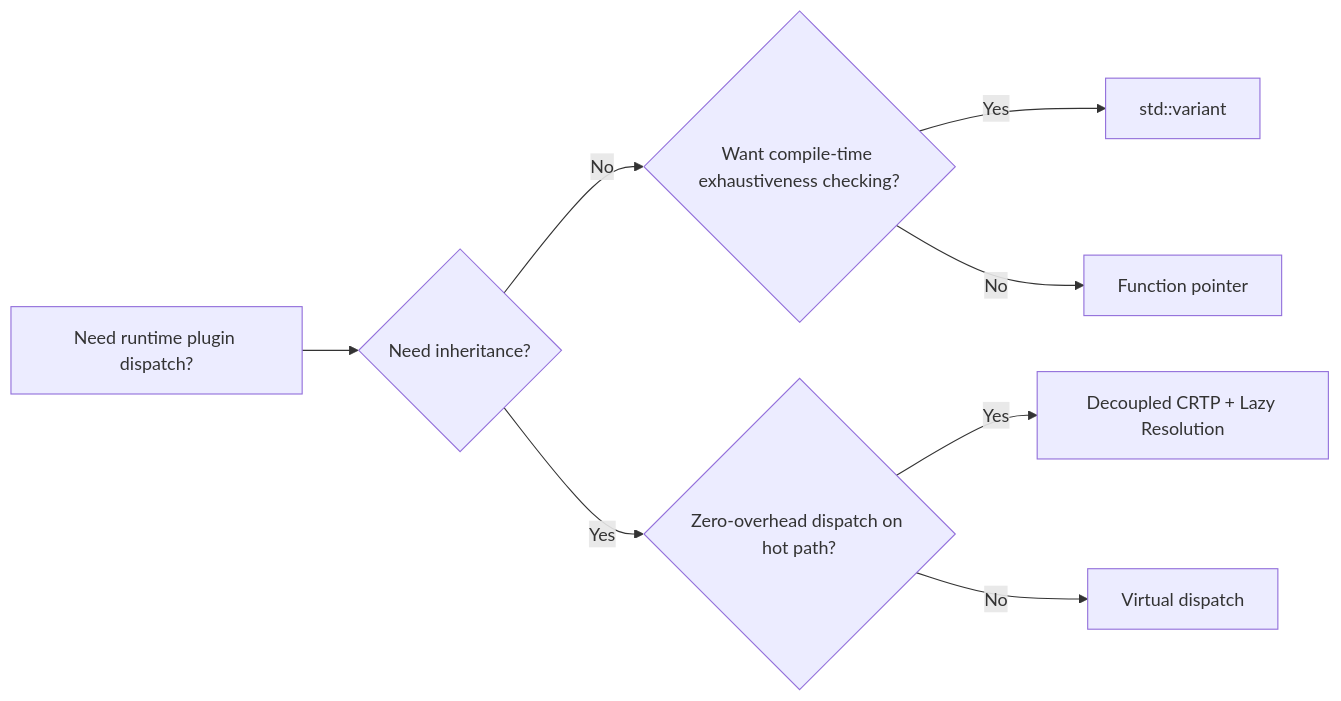
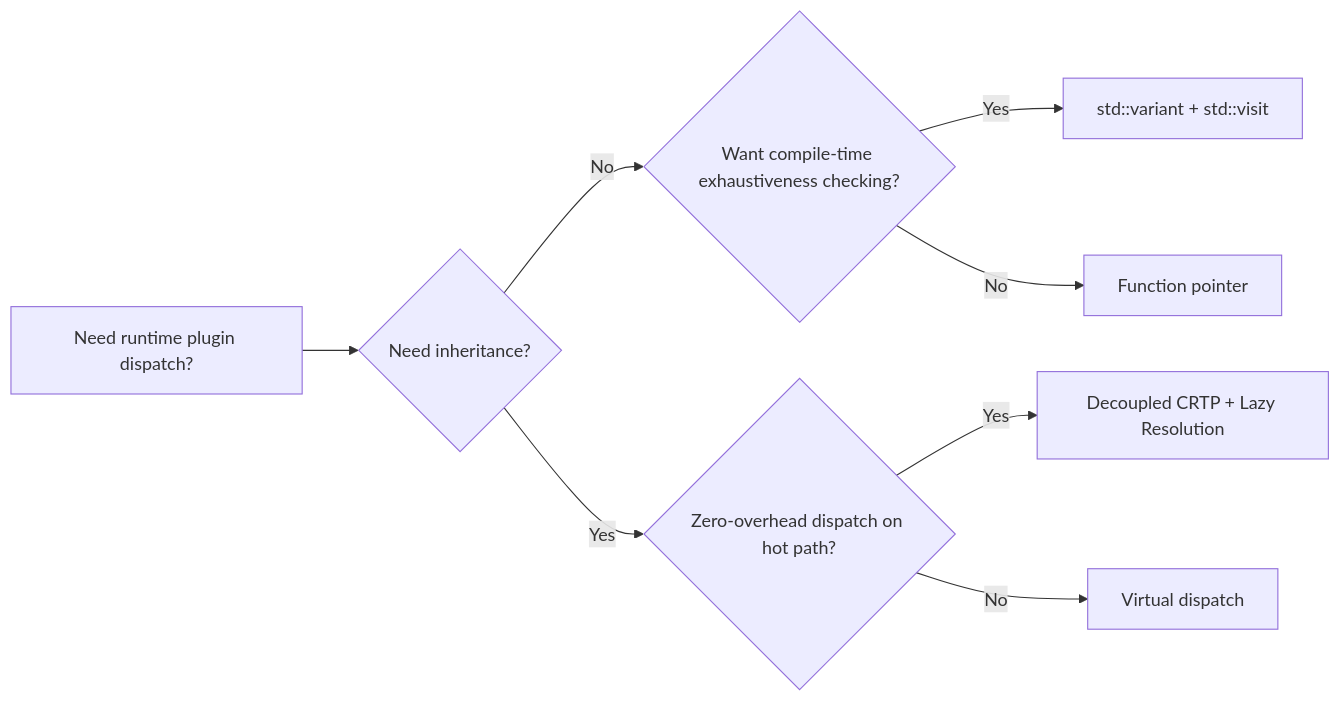
The diagram in _posts/2026-05-07-four-ways-to-dispatch-a-runtime-selected-strategy-in-cpp.md (Shubhankar-Gambhir/Shubhankar-Gambhir.github.io), drawn with Mermaid before and after one commit.

Commit message:
Use full name std::variant + std::visit in decision flowchart

````diff
--- a/_posts/2026-05-07-four-ways-to-dispatch-a-runtime-selected-strategy-in-cpp.md
+++ b/_posts/2026-05-07-four-ways-to-dispatch-a-runtime-selected-strategy-in-cpp.md
@@ -271,10 +271,10 @@
 ```mermaid
 flowchart LR
     A[Need runtime plugin dispatch?] --> B{Need inheritance?}
     B -- No --> C{Want compile-time exhaustiveness checking?}
-    C -- Yes --> D[std::variant]
+    C -- Yes --> D["std::variant + std::visit"]
     C -- No --> E[Function pointer]
     B -- Yes --> F{Zero-overhead dispatch on hot path?}
     F -- Yes --> G[Decoupled CRTP + Lazy Resolution]
     F -- No --> H[Virtual dispatch]
 ```
````
